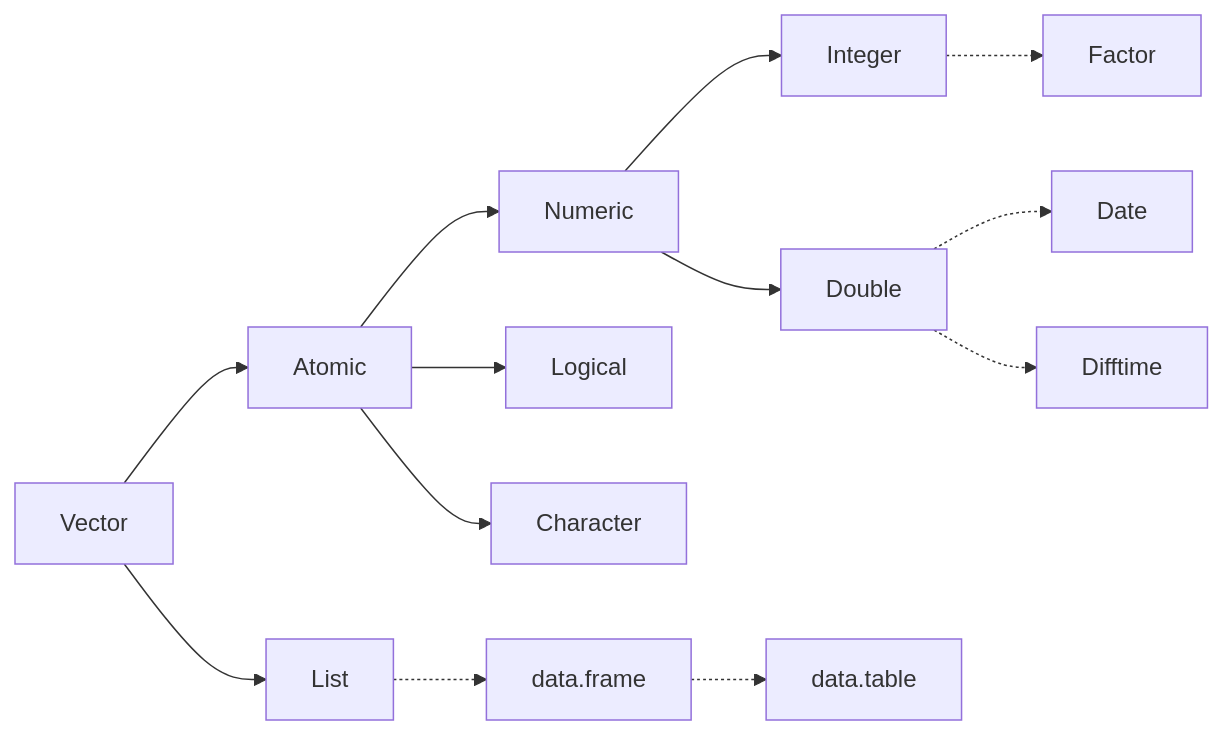
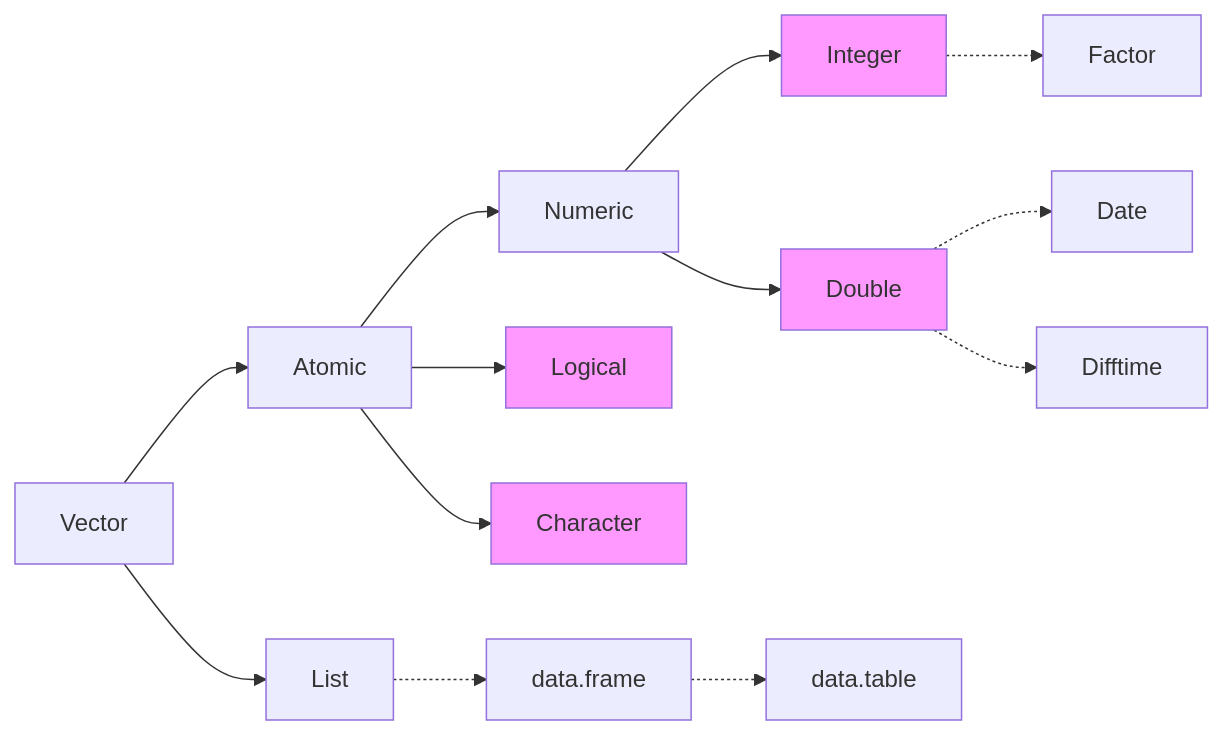
One commit to giorgiacek/advanced_R changed the first of 4 diagrams in 03_vectors_notes.qmd. Above: the diagram before and after it, drawn with Mermaid. The commit also changed other lines of this file and 2 other files, not shown here.

````diff
--- a/03_vectors_notes.qmd
+++ b/03_vectors_notes.qmd
@@ -17,18 +26,22 @@
 ```{mermaid}
 flowchart LR
   Vector --> Atomic
   Atomic --> Numeric
   Numeric --> Integer
   Integer -.-> Factor
   Numeric --> Double
   Double -.-> Date
   Double -.-> Difftime
   
   Atomic --> Logical
   Atomic --> Character
   
   Vector --> List
   List -.-> data.frame
   data.frame -.-> data.table
-
+  
+  style Logical fill:#f9f
+  style Integer fill:#f9f
+  style Double fill:#f9f
+  style Character fill:#f9f
 ```
````
